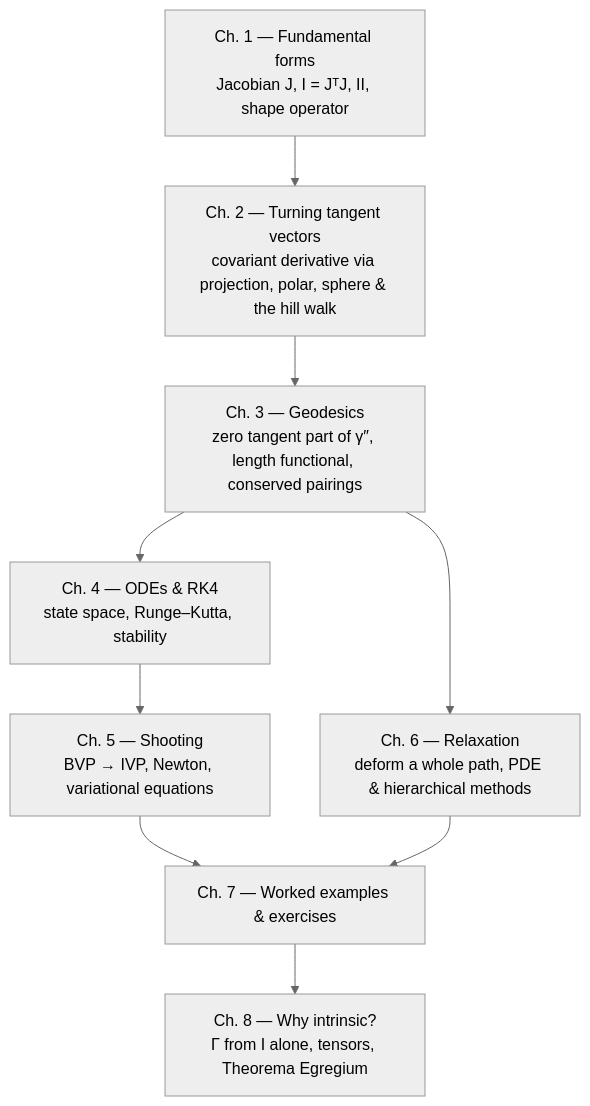
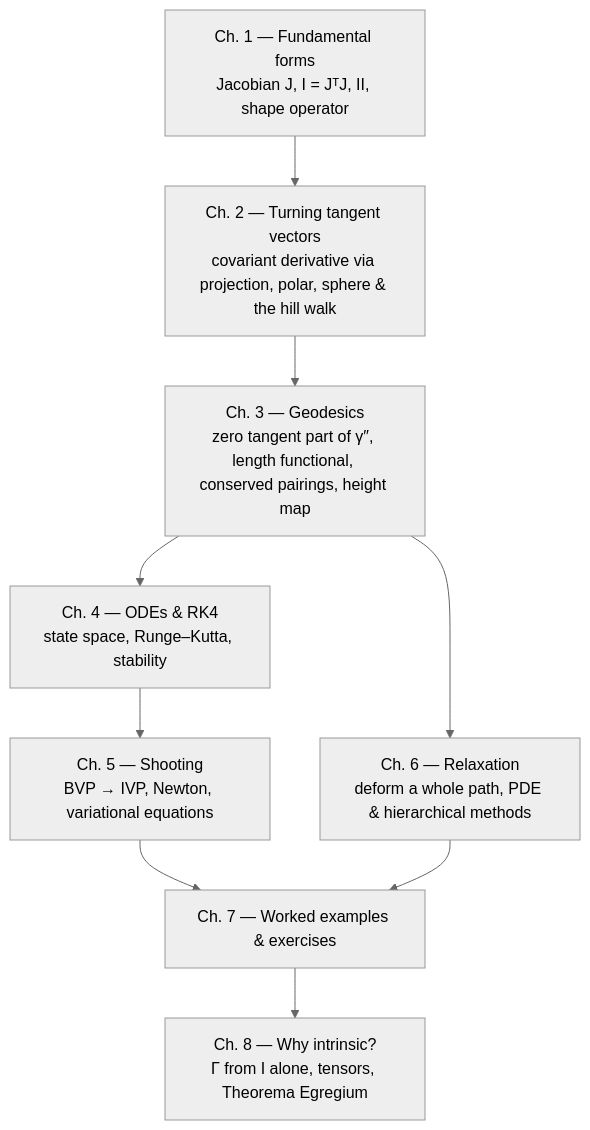
One commit to TreeHappy/brane changed the diagram in projects/geodesia/learn-geodesia/index.md. Above: the diagram before and after it, drawn with Mermaid (neutral theme). The commit also changed 6 other files, not shown here.

````diff
--- a/projects/geodesia/learn-geodesia/index.md
+++ b/projects/geodesia/learn-geodesia/index.md
@@ -55,16 +55,16 @@
 ```mermaid
 flowchart TD
     A["Ch. 1 — Fundamental forms<br/>Jacobian J, I = JᵀJ, II, shape operator"]
     B["Ch. 2 — Turning tangent vectors<br/>covariant derivative via projection, polar, sphere & the hill walk"]
-    C["Ch. 3 — Geodesics<br/>zero tangent part of γ″, length functional, conserved pairings"]
+    C["Ch. 3 — Geodesics<br/>zero tangent part of γ″, length functional, conserved pairings, height map"]
     D["Ch. 4 — ODEs & RK4<br/>state space, Runge–Kutta, stability"]
     E["Ch. 5 — Shooting<br/>BVP → IVP, Newton, variational equations"]
     F["Ch. 6 — Relaxation<br/>deform a whole path, PDE & hierarchical methods"]
     G["Ch. 7 — Worked examples & exercises"]
     H["Ch. 8 — Why intrinsic?<br/>Γ from I alone, tensors, Theorema Egregium"]
     A --> B --> C --> D --> E
     C --> F
     E --> G
     F --> G
     G --> H
 ```
````
